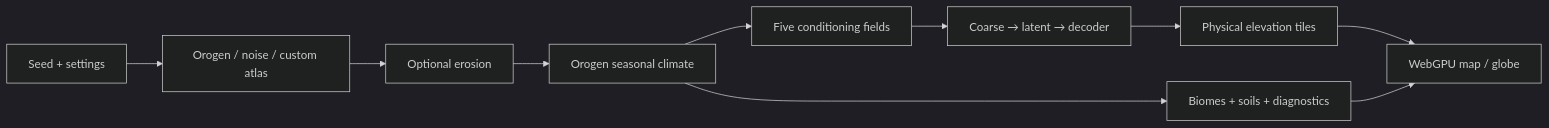
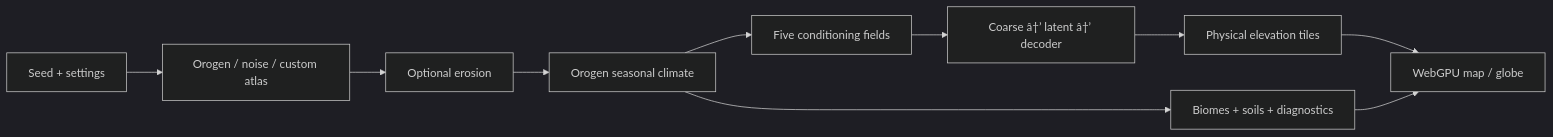
One commit to dunkean/neural-earth changed the first of 2 diagrams in README.md. Above: the diagram before and after it, drawn with Mermaid (dark theme). The commit also changed other lines of this file and 562 other files, not shown here.

````diff
--- a/README.md
+++ b/README.md
@@ -79,12 +79,12 @@
 ```mermaid
 flowchart LR
     A[Seed + settings] --> B[Orogen / noise / custom atlas]
     B --> C[Optional erosion]
     C --> D[Orogen seasonal climate]
     D --> E[Five conditioning fields]
-    E --> F[Coarse → latent → decoder]
+    E --> F[Coarse â†’ latent â†’ decoder]
     F --> G[Physical elevation tiles]
     D --> H[Biomes + soils + diagnostics]
     G --> I[WebGPU map / globe]
     H --> I
 ```
````
